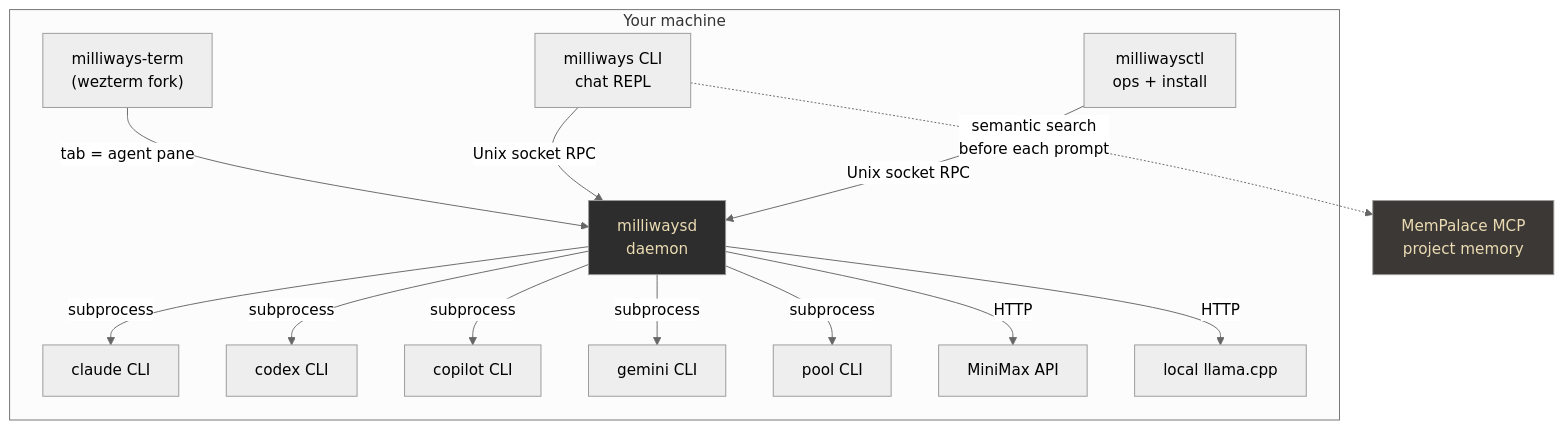
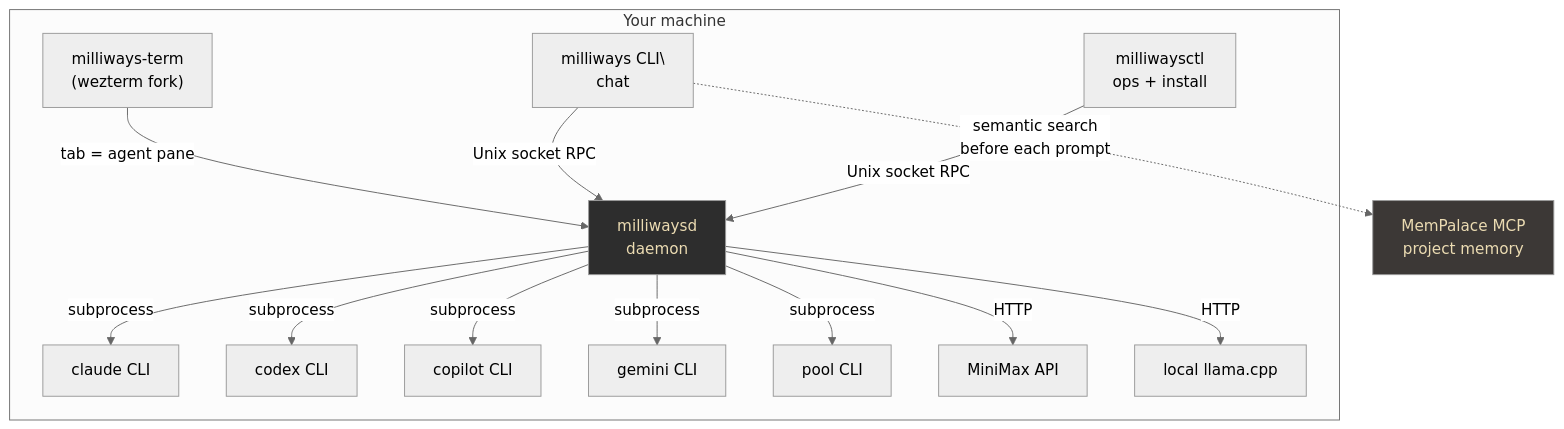
The first of 3 diagrams in docs/milliways-blog.md (mwigge/milliways), drawn with Mermaid (neutral theme) before and after one commit. The commit also changed other lines of this file, not shown here.

Commit message:
docs: fix 'chat REPL' → 'chat' in blog diagram and prose

````diff
--- a/docs/milliways-blog.md
+++ b/docs/milliways-blog.md
@@ -21,28 +21,28 @@
 ```mermaid
 graph TB
     subgraph "Your machine"
         T["milliways-term\n(wezterm fork)"]
-        C["milliways CLI\nchat REPL"]
+        C["milliways CLI\\nchat"]
         CTL["milliwaysctl\nops + install"]
         
         T -->|"tab = agent pane"| D
         C -->|"Unix socket RPC"| D
         CTL -->|"Unix socket RPC"| D
 
         D["milliwaysd\ndaemon"]
 
         D -->|"subprocess"| R1["claude CLI"]
         D -->|"subprocess"| R2["codex CLI"]
         D -->|"subprocess"| R3["copilot CLI"]
         D -->|"subprocess"| R4["gemini CLI"]
         D -->|"subprocess"| R5["pool CLI"]
         D -->|"HTTP"| R6["MiniMax API"]
         D -->|"HTTP"| R7["local llama.cpp"]
     end
 
     MP["MemPalace MCP\nproject memory"]
     C -.->|"semantic search\nbefore each prompt"| MP
 
     style D fill:#2d2d2d,color:#ebdbb2
     style MP fill:#3c3836,color:#ebdbb2
 ```
````
